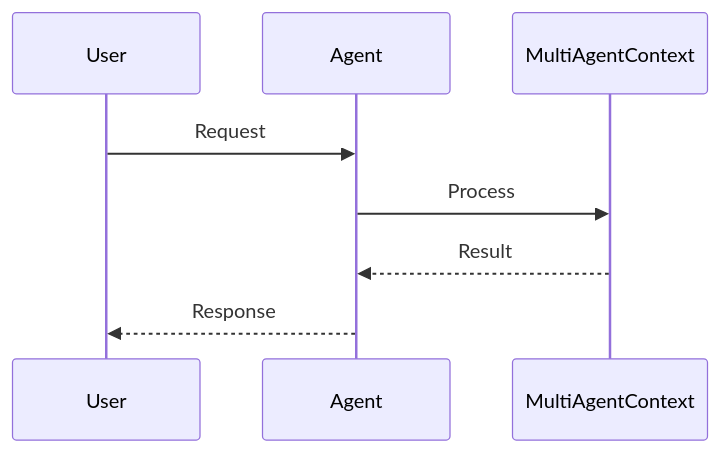
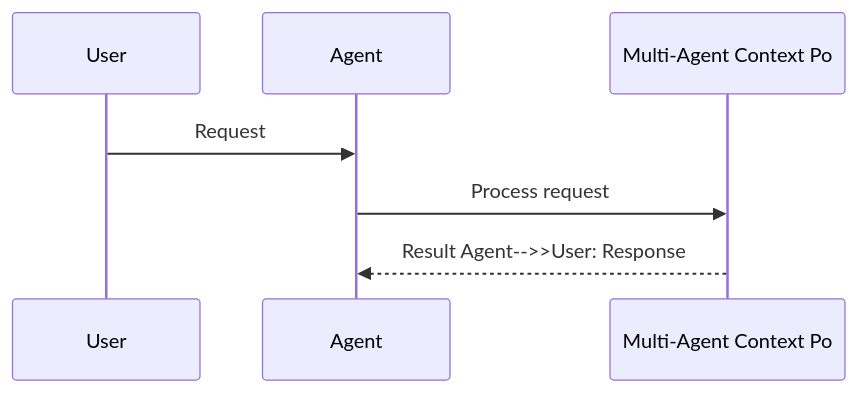
One commit to MervinPraison/PraisonAIDocs changed the second of 3 diagrams in docs/features/context-multi-agent-policies.mdx. Above: the diagram before and after it, drawn with Mermaid. The commit also changed 204 other files, not shown here.

First line of the commit message:
docs: align feature/tool pages with AGENTS.md hero + sequence + import standards (fixes #1775)

````diff
--- a/docs/features/context-multi-agent-policies.mdx
+++ b/docs/features/context-multi-agent-policies.mdx
@@ -41,11 +41,10 @@
 ```mermaid
 sequenceDiagram
     participant User
     participant Agent
-    participant MultiAgentContext
+    participant Feature as Multi-Agent Context Po
 
     User->>Agent: Request
-    Agent->>MultiAgentContext: Process
-    MultiAgentContext-->>Agent: Result
-    Agent-->>User: Response
+    Agent->>Feature: Process request
+    Feature-->>Agent: Result    Agent-->>User: Response
 ```
````
